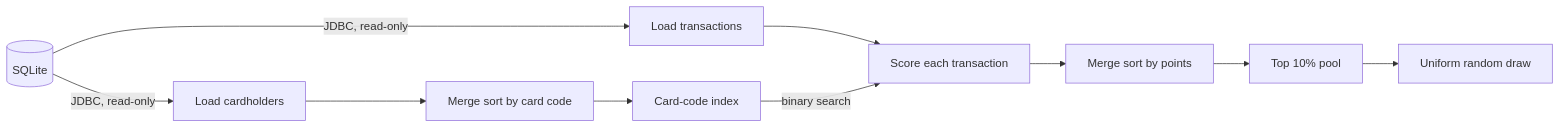
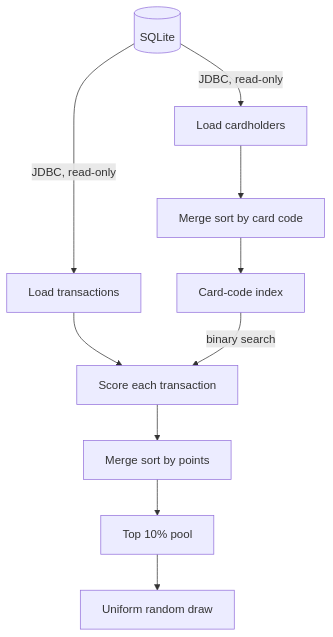
Before and after one commit to ak811/Punchcard: the diagram in README.md, drawn with Mermaid. The commit also changed other lines of this file, not shown here.

````diff
--- a/README.md
+++ b/README.md
@@ -27,12 +29,12 @@
 ```mermaid
-flowchart LR
+flowchart TD
     A[(SQLite)] -->|JDBC, read-only| B[Load cardholders]
     A -->|JDBC, read-only| C[Load transactions]
     B --> D[Merge sort by card code]
     D --> E[Card-code index]
     C --> F[Score each transaction]
     E -->|binary search| F
     F --> G[Merge sort by points]
     G --> H[Top 10% pool]
     H --> I[Uniform random draw]
 ```
````
